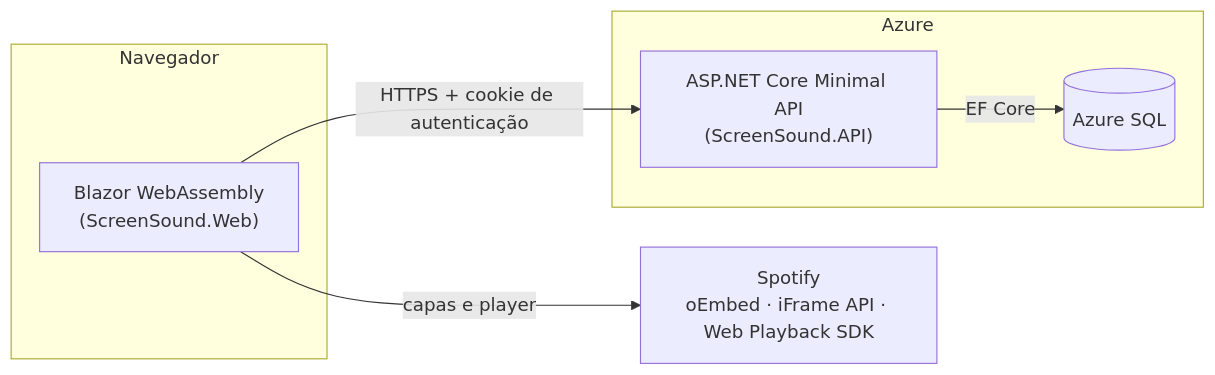
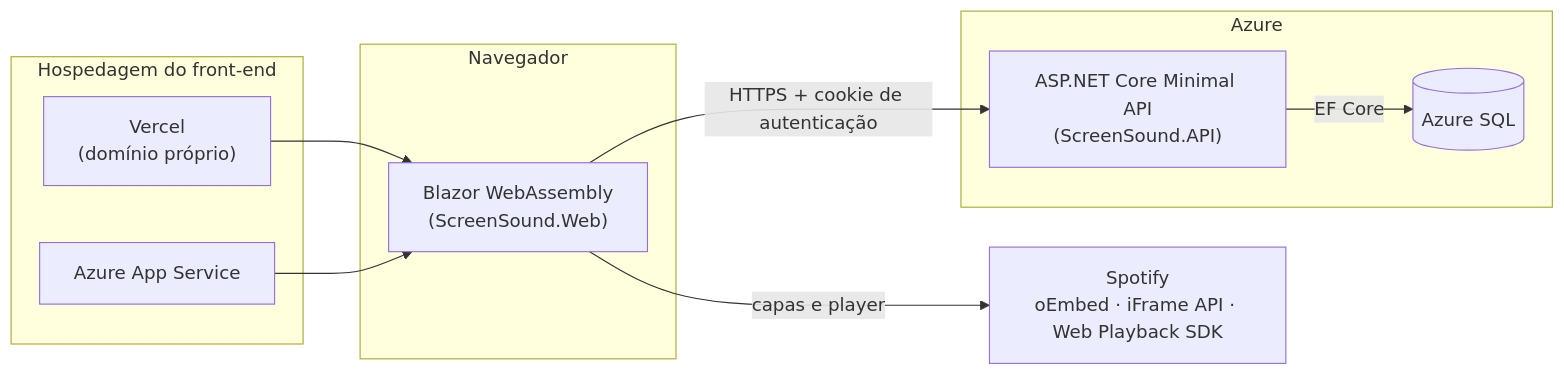
Before and after one commit to EdsonMiziara/ScreenSound: the diagram in README.md, drawn with Mermaid. The commit also changed other lines of this file, not shown here.

````diff
--- a/README.md
+++ b/README.md
@@ -112,17 +116,24 @@
 ```mermaid
 flowchart LR
+    subgraph Hospedagem["Hospedagem do front-end"]
+        VERCEL["Vercel<br/>(domínio próprio)"]
+        AZWEB["Azure App Service"]
+    end
+
     subgraph Navegador
         WEB["Blazor WebAssembly<br/>(ScreenSound.Web)"]
     end
 
     subgraph Azure
         API["ASP.NET Core Minimal API<br/>(ScreenSound.API)"]
         DB[("Azure SQL")]
     end
 
     SPOTIFY["Spotify<br/>oEmbed · iFrame API · Web Playback SDK"]
 
+    VERCEL --> WEB
+    AZWEB --> WEB
     WEB -- "HTTPS + cookie de autenticação" --> API
     API -- "EF Core" --> DB
     WEB -- "capas e player" --> SPOTIFY
 ```
````
